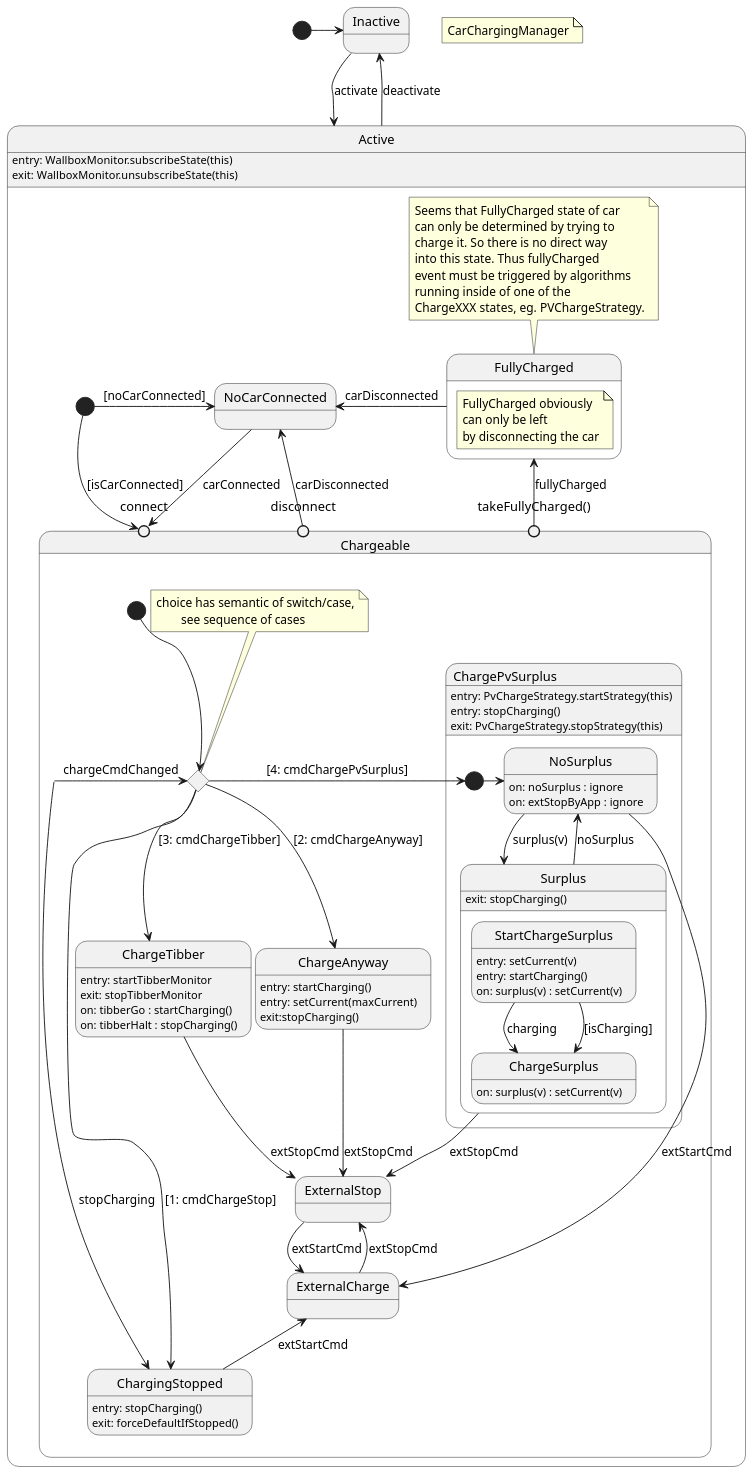
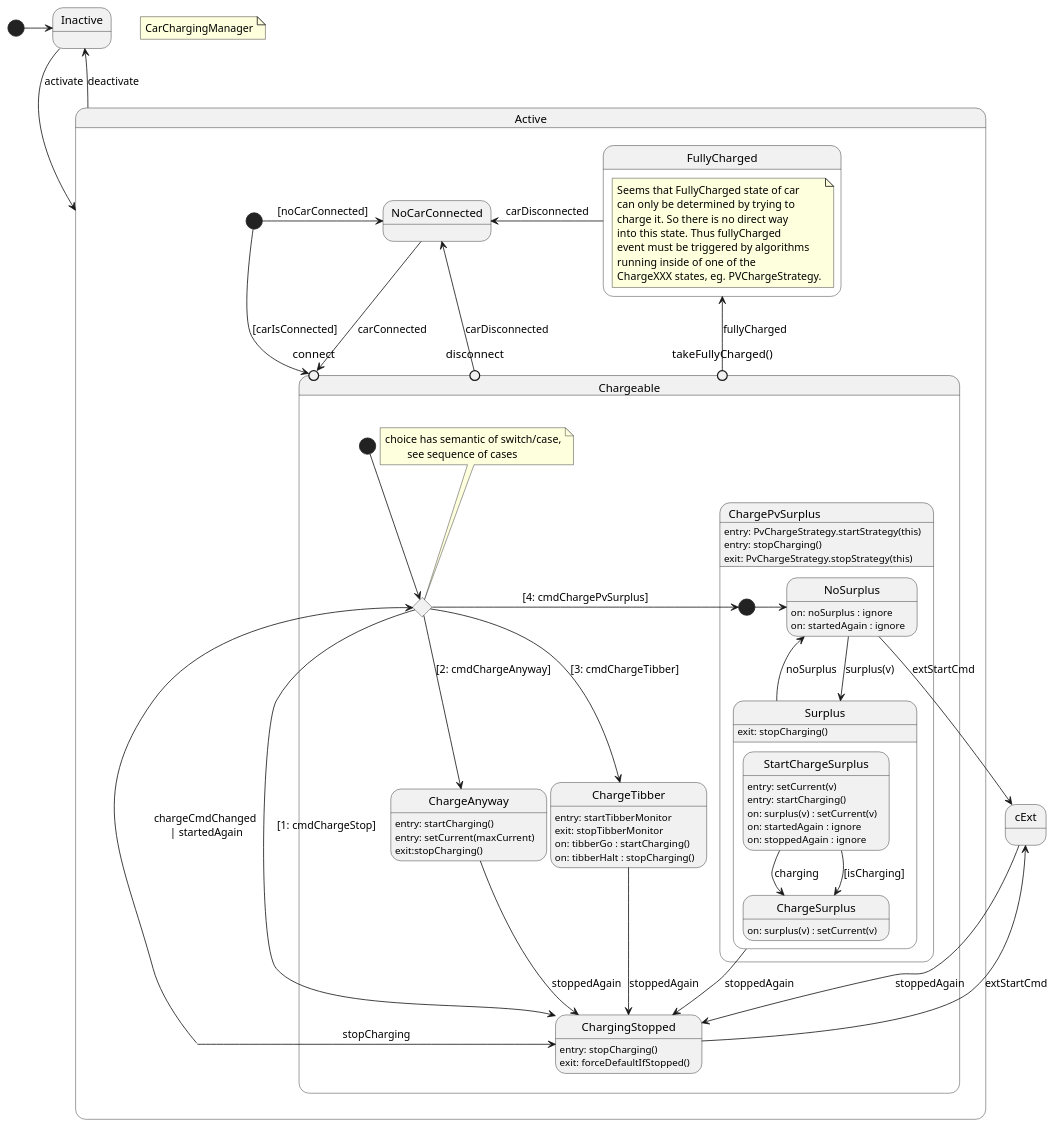
The diagram in src/main/groovy/de/geobe/energy/automation/models/CarChargingManager.puml (geobe/energyControl), drawn with PlantUML before and after one commit. The commit also changed 14 other files, not shown here.

```diff
--- a/src/main/groovy/de/geobe/energy/automation/models/CarChargingManager.puml
+++ b/src/main/groovy/de/geobe/energy/automation/models/CarChargingManager.puml
@@ -1,142 +1,134 @@
 @startuml
 'https://plantuml.com/state-diagram
 
-scale 1000 width
+scale 1400 width
 
 [*] -right-> inAct
 
 state "Inactive" as inAct
 state "Active" as act {
-    act: entry: WallboxMonitor.subscribeState(this)
-    act: exit: WallboxMonitor.unsubscribeState(this)
 
      [*] -r-> noCar : [noCarConnected]
 
     state "NoCarConnected" as noCar
 
 '    state "CarConnected" as carCon {
 
         state "Chargeable" as cabl {
 
         state "connect" as con  <<entryPoint>>
         state "disconnect" as dcon  <<entryPoint>>
         state "takeFullyCharged()" as fch  <<entryPoint>>
+'        state "chargeCmdChanged" as ccc <<entryPoint>>
 
             state "ChargePvSurplus" as cSurplus {
               cSurplus: entry: PvChargeStrategy.startStrategy(this)
               cSurplus: entry: stopCharging()
               cSurplus: exit: PvChargeStrategy.stopStrategy(this)
     '          cSurplus: exit: stopCharging()
 
               state "Surplus" as sp {
                sp: exit: stopCharging()
 
                 state "ChargeSurplus" as hasPlus {
     '                hasPlus: entry: setCurrent(v)
                     hasPlus: on: surplus(v) : setCurrent(v)
                 }
 
                 state "StartChargeSurplus" as waitCh
                     waitCh: entry: setCurrent(v)
                     waitCh: entry: startCharging()
                     waitCh: on: surplus(v) : setCurrent(v)
+                    waitCh: on: startedAgain : ignore
+                    waitCh: on: stoppedAgain : ignore
 
             }
 
                 state "NoSurplus" as noPlus {
                   noPlus: on: noSurplus : ignore
-                  noPlus: on: extStopByApp : ignore
+                  noPlus: on: startedAgain : ignore
                 }
 
             state lpstart <<start>>
 
           }
 
            state "ChargingStopped" as cStop
                cStop: entry: stopCharging()
                cStop: exit: forceDefaultIfStopped()
 
           state "ChargeTibber" as cTibber
               cTibber: entry: startTibberMonitor
               cTibber: exit: stopTibberMonitor
               cTibber: on: tibberGo : startCharging()
               cTibber: on: tibberHalt : stopCharging()
 
 
           state "ChargeAnyway" as cAnyway
               cAnyway: entry: startCharging()
               cAnyway: entry: setCurrent(maxCurrent)
               cAnyway: exit:stopCharging()
 
-          state "ExternalCharge" as cExt
-
-          state "ExternalStop" as stopExt
-
           state "switch" as choiceCmd <<choice>>
 
           note top of choiceCmd
             choice has semantic of switch/case,
             \tsee sequence of cases
           end note
 
-          cabl -r-> choiceCmd : chargeCmdChanged
+          cabl -l-> choiceCmd : chargeCmdChanged\n | startedAgain
           [*] --> choiceCmd
-          cabl -r-> cStop : stopCharging
+          cabl -l-> cStop : stopCharging
         }
 
       state "FullyCharged" as full {
 
         note as fullNote
-            FullyCharged obviously
-            can only be left
-            by disconnecting the car
-        end note
-
-      }
-
-      note top of full
             Seems that FullyCharged state of car
             can only be determined by trying to
             charge it. So there is no direct way
             into this state. Thus fullyCharged
             event must be triggered by algorithms
             running inside of one of the
             ChargeXXX states, eg. PVChargeStrategy.
-      end note
+        end note
+
+      }
 
 '    }
-     [*] --> con : [isCarConnected]
+     [*] --> con : [carIsConnected]
 
 }
 dcon -u-> noCar : carDisconnected
 full -l-> noCar : carDisconnected
 'cSurplus --> cStop : stopCmd
 fch -u-> full : fullyCharged
 'cTibber -down-> cStop : stopCmd
 'cAnyway --> cStop : stopCmd
-cAnyway --> stopExt : extStopCmd
-cTibber --> stopExt : extStopCmd
+cAnyway --> cStop : stoppedAgain
+cTibber --> cStop : stoppedAgain
 cStop -u-> cExt : extStartCmd
 noPlus -r-> cExt : extStartCmd
-cExt --> stopExt : extStopCmd
-stopExt --> cExt : extStartCmd
-sp --> stopExt : extStopCmd
+cExt --> cStop : stoppedAgain
+sp --> cStop : stoppedAgain
 
 choiceCmd -r-> lpstart : [4: cmdChargePvSurplus]
-choiceCmd --> cAnyway : [2: cmdChargeAnyway]
+choiceCmd -r-> cAnyway : [2: cmdChargeAnyway]
 choiceCmd --> cStop : [1: cmdChargeStop]
-choiceCmd --> cTibber : [3: cmdChargeTibber]
+choiceCmd -r-> cTibber : [3: cmdChargeTibber]
 'cStop -up-> choiceCmd : extStartCmd
 noCar --> con : carConnected
 inAct -down-> act : activate
 act -up-> inAct : deactivate
 
 noPlus -right-> sp : surplus(v)
 waitCh -down-> hasPlus : charging\t
 waitCh -down-> hasPlus : [isCharging]
 sp -u-> noPlus : noSurplus
 lpstart -r-> noPlus
 
+
+
 note "CarChargingManager" as NTop
 
 @enduml
```
